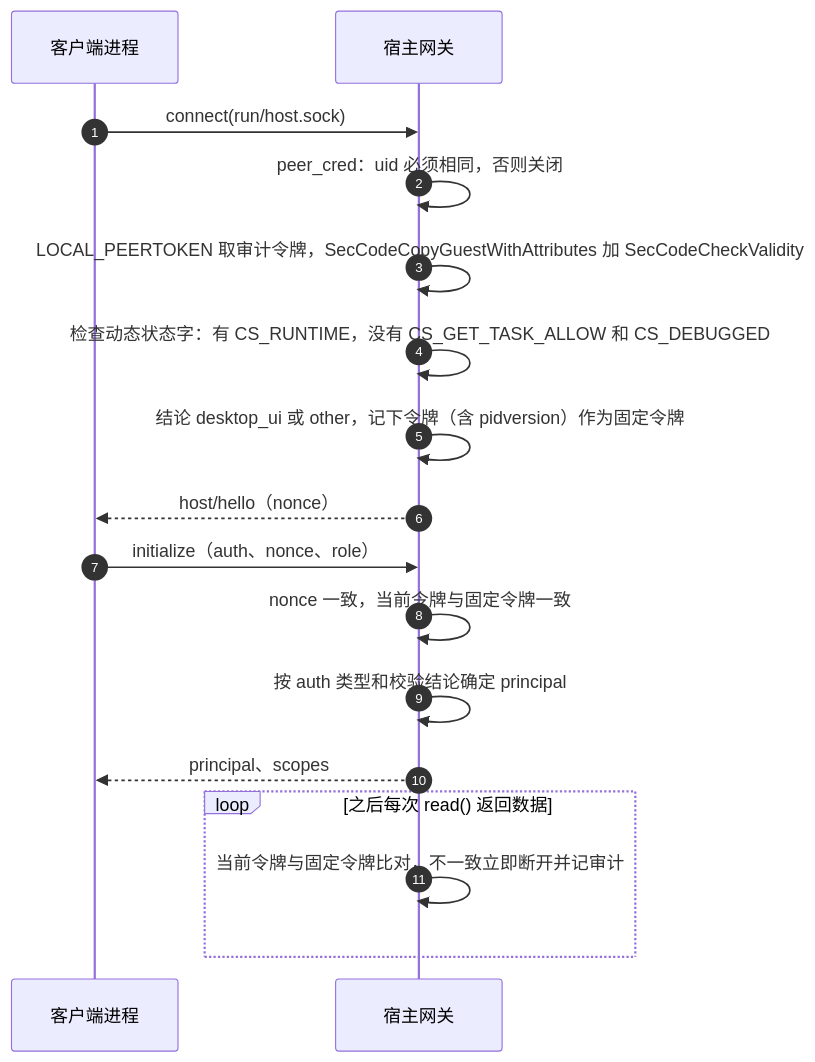
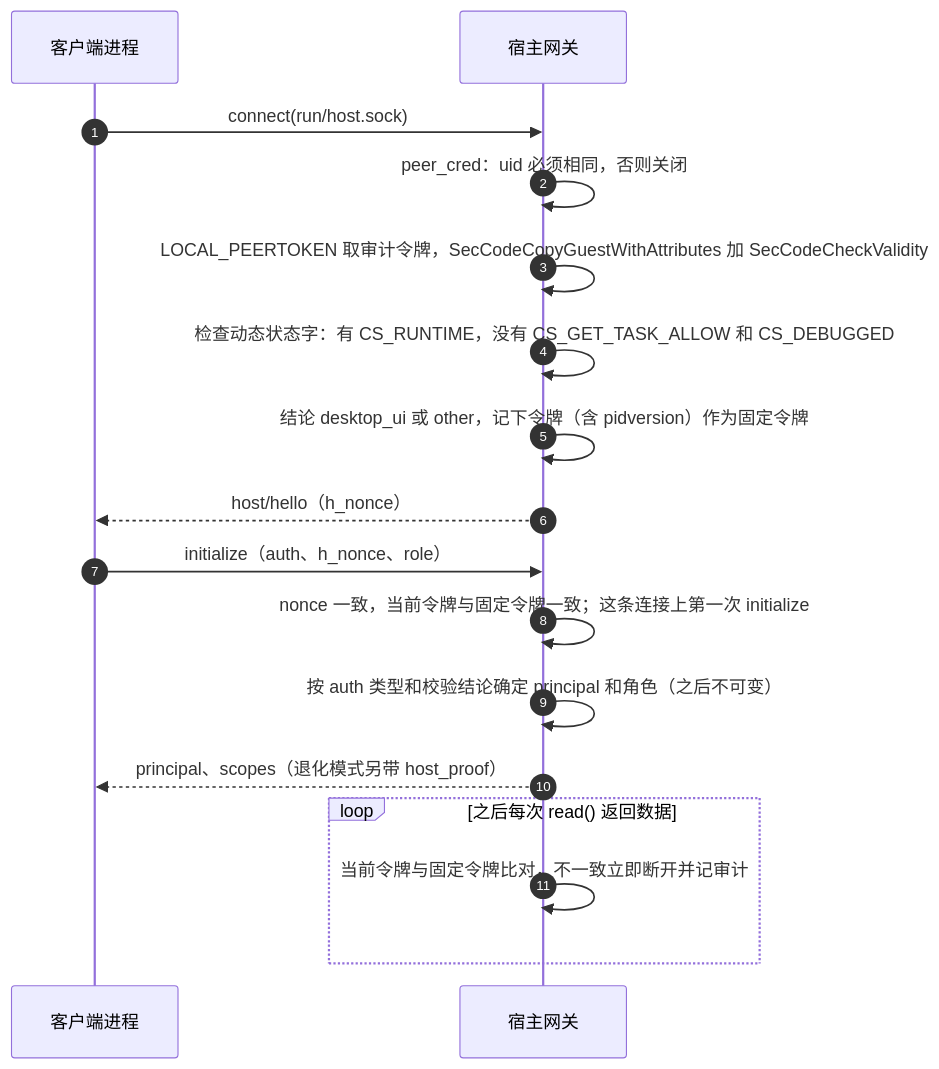
The first of 2 diagrams in docs/design/08-security.md (boris-w/cupper), drawn with Mermaid before and after one commit. The commit also changed other lines of this file and 5 other files, not shown here.

````diff
--- a/docs/design/08-security.md
+++ b/docs/design/08-security.md
@@ -9,19 +9,19 @@
 ```mermaid
 sequenceDiagram
   autonumber
   participant C as 客户端进程
   participant H as 宿主网关
   C->>H: connect(run/host.sock)
   H->>H: peer_cred：uid 必须相同，否则关闭
   H->>H: LOCAL_PEERTOKEN 取审计令牌，SecCodeCopyGuestWithAttributes 加 SecCodeCheckValidity
   H->>H: 检查动态状态字：有 CS_RUNTIME，没有 CS_GET_TASK_ALLOW 和 CS_DEBUGGED
   H->>H: 结论 desktop_ui 或 other，记下令牌（含 pidversion）作为固定令牌
-  H-->>C: host/hello（nonce）
-  C->>H: initialize（auth、nonce、role）
-  H->>H: nonce 一致，当前令牌与固定令牌一致
-  H->>H: 按 auth 类型和校验结论确定 principal
-  H-->>C: principal、scopes
+  H-->>C: host/hello（h_nonce）
+  C->>H: initialize（auth、h_nonce、role）
+  H->>H: nonce 一致，当前令牌与固定令牌一致；这条连接上第一次 initialize
+  H->>H: 按 auth 类型和校验结论确定 principal 和角色（之后不可变）
+  H-->>C: principal、scopes（退化模式另带 host_proof）
   loop 之后每次 read() 返回数据
     H->>H: 当前令牌与固定令牌比对，不一致立即断开并记审计
   end
 ```
````
